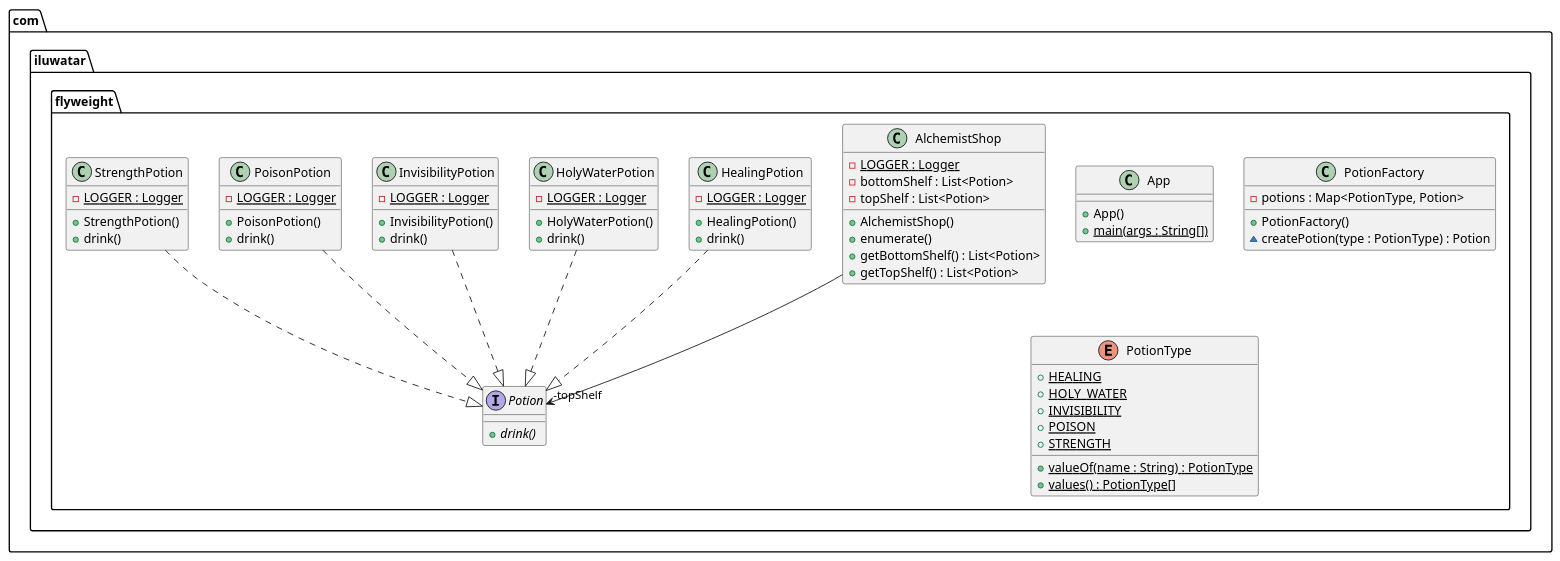
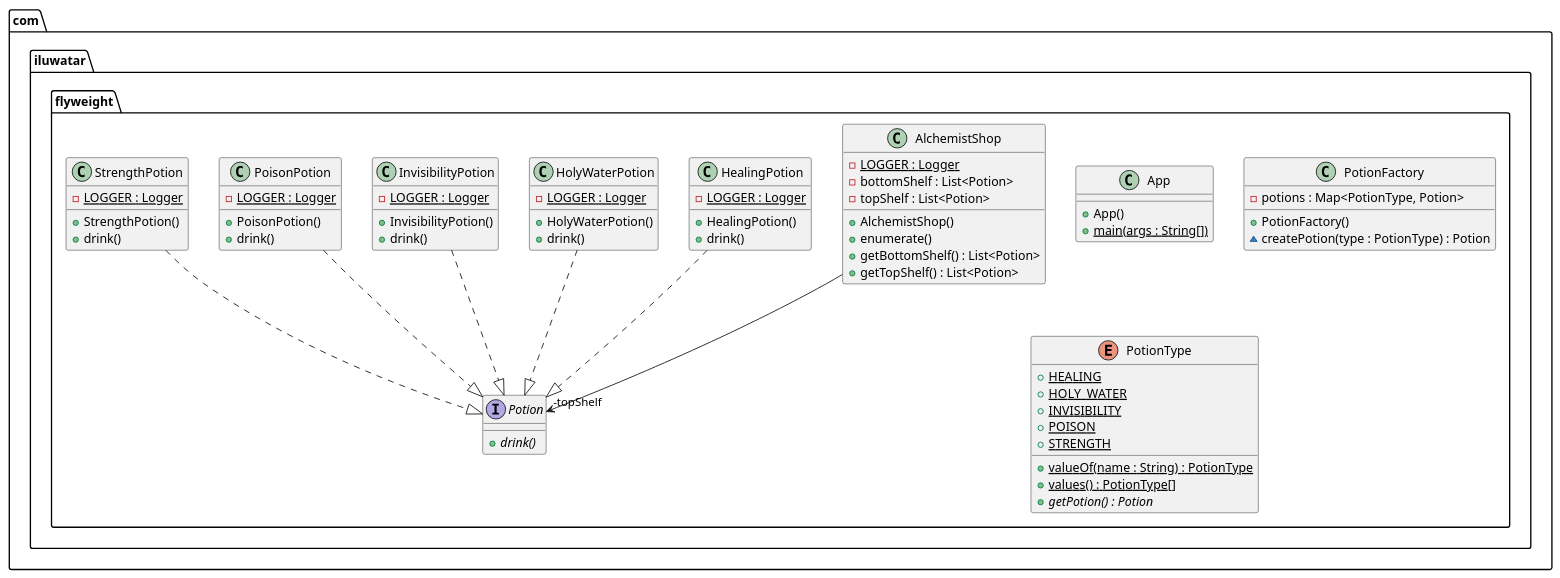
One commit to iluwatar/java-design-patterns changed the diagram in flyweight/etc/flyweight.urm.puml. Above: the diagram before and after it, drawn with PlantUML. The commit also changed 3 other files, not shown here.

```diff
--- a/flyweight/etc/flyweight.urm.puml
+++ b/flyweight/etc/flyweight.urm.puml
@@ -1,65 +1,66 @@
 @startuml
 package com.iluwatar.flyweight {
   class AlchemistShop {
     - LOGGER : Logger {static}
     - bottomShelf : List<Potion>
     - topShelf : List<Potion>
     + AlchemistShop()
     + enumerate()
     + getBottomShelf() : List<Potion>
     + getTopShelf() : List<Potion>
   }
   class App {
     + App()
     + main(args : String[]) {static}
   }
   class HealingPotion {
     - LOGGER : Logger {static}
     + HealingPotion()
     + drink()
   }
   class HolyWaterPotion {
     - LOGGER : Logger {static}
     + HolyWaterPotion()
     + drink()
   }
   class InvisibilityPotion {
     - LOGGER : Logger {static}
     + InvisibilityPotion()
     + drink()
   }
   class PoisonPotion {
     - LOGGER : Logger {static}
     + PoisonPotion()
     + drink()
   }
   interface Potion {
     + drink() {abstract}
   }
   class PotionFactory {
     - potions : Map<PotionType, Potion>
     + PotionFactory()
     ~ createPotion(type : PotionType) : Potion
   }
   enum PotionType {
     + HEALING {static}
     + HOLY_WATER {static}
     + INVISIBILITY {static}
     + POISON {static}
     + STRENGTH {static}
     + valueOf(name : String) : PotionType {static}
     + values() : PotionType[] {static}
+    + getPotion() : {abstract} Potion
   }
   class StrengthPotion {
     - LOGGER : Logger {static}
     + StrengthPotion()
     + drink()
   }
 }
 AlchemistShop -->  "-topShelf" Potion
-HealingPotion ..|> Potion 
-HolyWaterPotion ..|> Potion 
-InvisibilityPotion ..|> Potion 
-PoisonPotion ..|> Potion 
-StrengthPotion ..|> Potion 
+HealingPotion ..|> Potion
+HolyWaterPotion ..|> Potion
+InvisibilityPotion ..|> Potion
+PoisonPotion ..|> Potion
+StrengthPotion ..|> Potion
 @enduml
```
